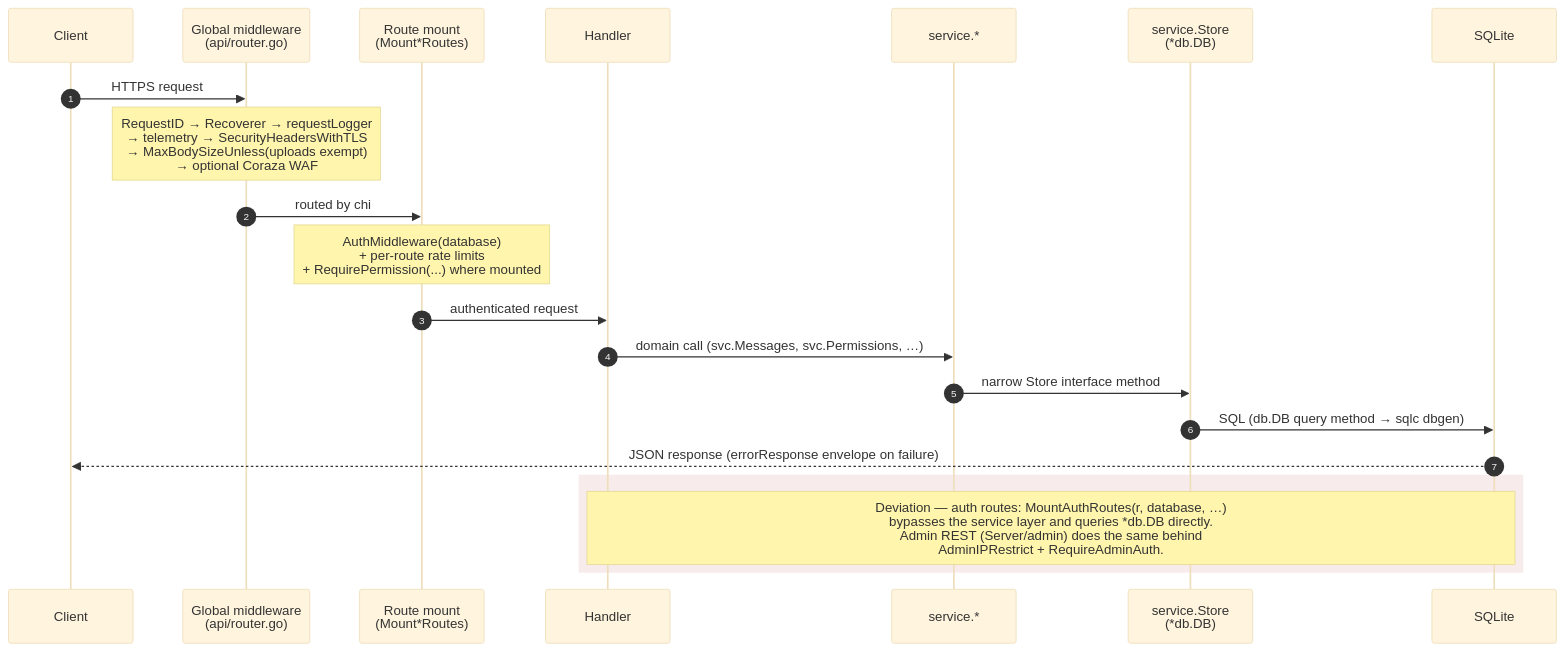
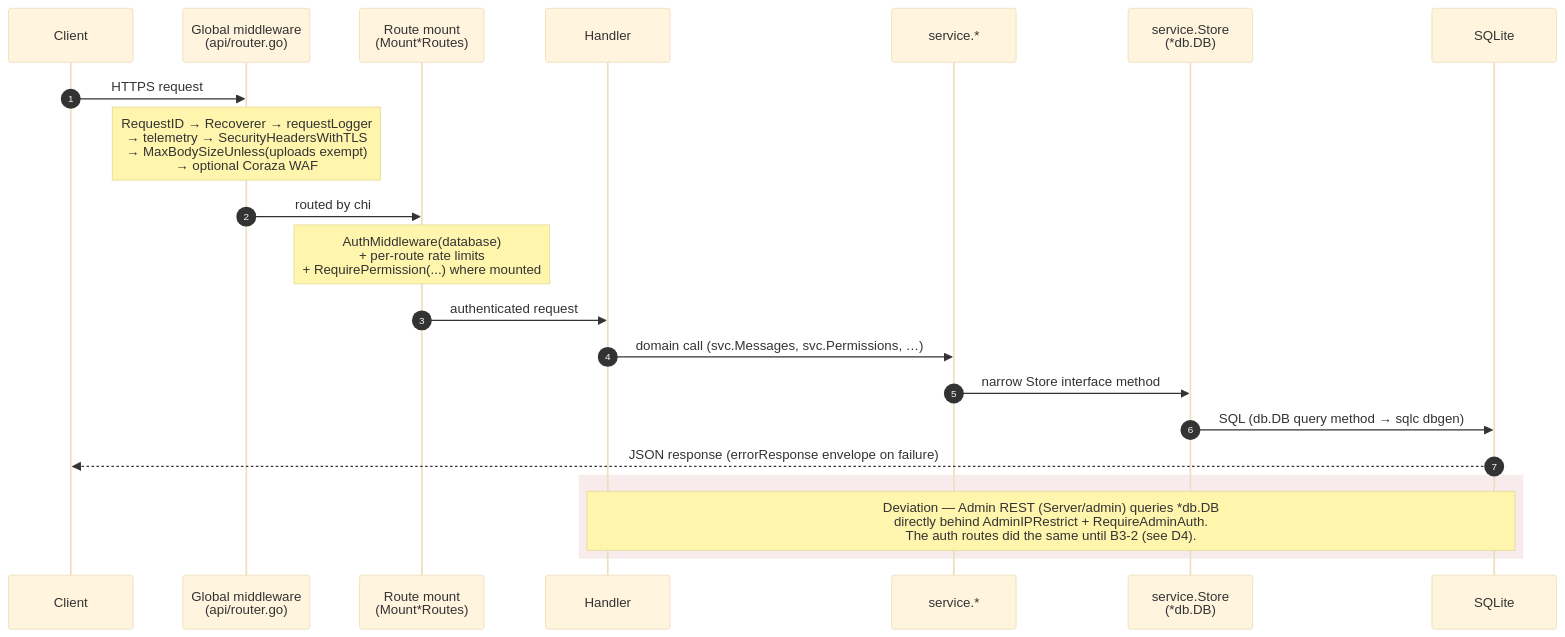
The second of 2 diagrams in docs/architecture/server.md (J3vb/OwnCord), drawn with Mermaid (base theme) before and after one commit. The commit also changed other lines of this file and 2055 other files, not shown here.

````diff
--- a/docs/architecture/server.md
+++ b/docs/architecture/server.md
@@ -93,25 +109,25 @@
 ```mermaid
 sequenceDiagram
     autonumber
     participant C as Client
     participant MW as Global middleware<br/>(api/router.go)
     participant RT as Route mount<br/>(Mount*Routes)
     participant H as Handler
     participant S as service.*
     participant ST as service.Store<br/>(*db.DB)
     participant DB as SQLite
 
     C->>MW: HTTPS request
     Note over MW: RequestID → Recoverer → requestLogger<br/>→ telemetry → SecurityHeadersWithTLS<br/>→ MaxBodySizeUnless(uploads exempt)<br/>→ optional Coraza WAF
     MW->>RT: routed by chi
     Note over RT: AuthMiddleware(database)<br/>+ per-route rate limits<br/>+ RequirePermission(...) where mounted
     RT->>H: authenticated request
     H->>S: domain call (svc.Messages, svc.Permissions, …)
     S->>ST: narrow Store interface method
     ST->>DB: SQL (db.DB query method → sqlc dbgen)
     DB-->>C: JSON response (errorResponse envelope on failure)
 
     rect rgba(200,120,120,0.15)
-        Note over H,DB: Deviation — auth routes: MountAuthRoutes(r, database, …)<br/>bypasses the service layer and queries *db.DB directly.<br/>Admin REST (Server/admin) does the same behind<br/>AdminIPRestrict + RequireAdminAuth.
+        Note over H,DB: Deviation — Admin REST (Server/admin) queries *db.DB<br/>directly behind AdminIPRestrict + RequireAdminAuth.<br/>The auth routes did the same until B3-2 (see D4).
     end
 ```
````
